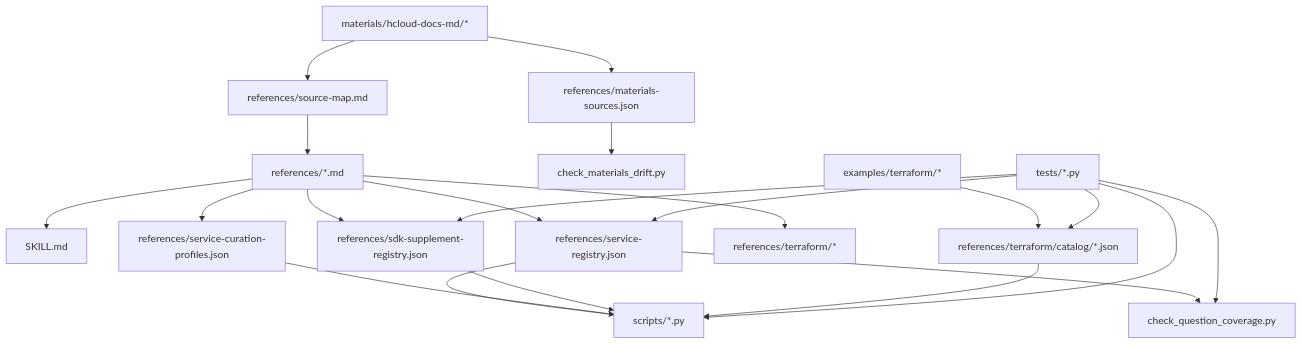
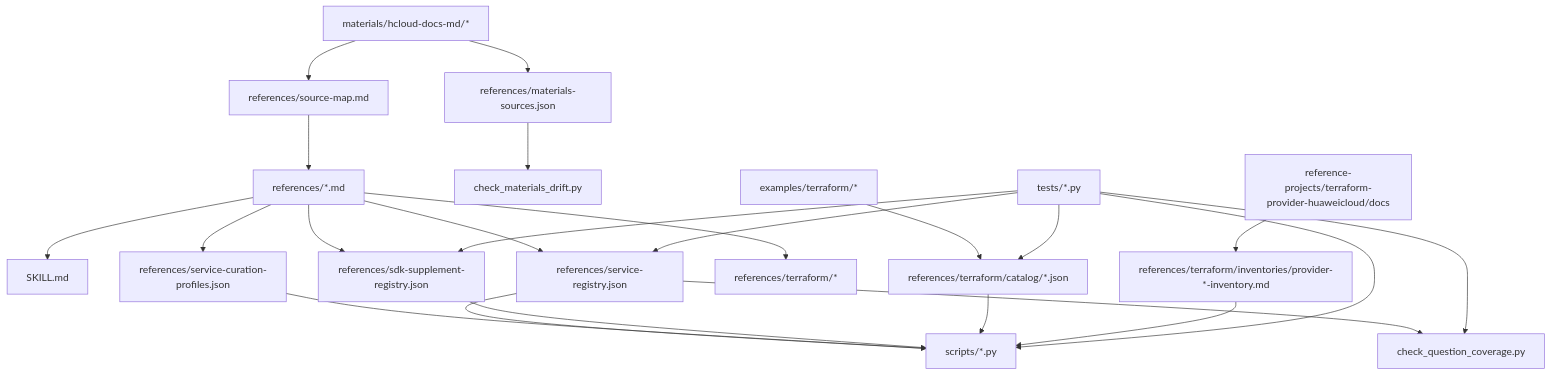
The diagram in docs/data-and-coverage.md (pipixia-labs/huaweicloud-skill), drawn with Mermaid before and after one commit. The commit also changed other lines of this file and 13 other files, not shown here.

Commit message:
Update SDK and Terraform reference guidance

````diff
--- a/docs/data-and-coverage.md
+++ b/docs/data-and-coverage.md
@@ -9,23 +9,25 @@
 ```mermaid
 flowchart TD
     Materials["materials/hcloud-docs-md/*"] --> SourceMap["references/source-map.md"]
     Materials --> MaterialMap["references/materials-sources.json"]
     SourceMap --> References["references/*.md"]
     MaterialMap --> Drift["check_materials_drift.py"]
     References --> Skill["SKILL.md"]
     References --> Registry["references/service-registry.json"]
     References --> Curation["references/service-curation-profiles.json"]
     References --> SDKRegistry["references/sdk-supplement-registry.json"]
     References --> TFRefs["references/terraform/*"]
     TFExamples["examples/terraform/*"] --> TFCatalog["references/terraform/catalog/*.json"]
+    TFProvider["reference-projects/terraform-provider-huaweicloud/docs"] --> TFInventory["references/terraform/inventories/provider-*-inventory.md"]
     Registry --> Scripts["scripts/*.py"]
     Curation --> Scripts
     SDKRegistry --> Scripts
     TFCatalog --> Scripts
+    TFInventory --> Scripts
     Registry --> Coverage["check_question_coverage.py"]
     Tests["tests/*.py"] --> Scripts
     Tests --> Registry
     Tests --> SDKRegistry
     Tests --> TFCatalog
     Tests --> Coverage
 ```
````
